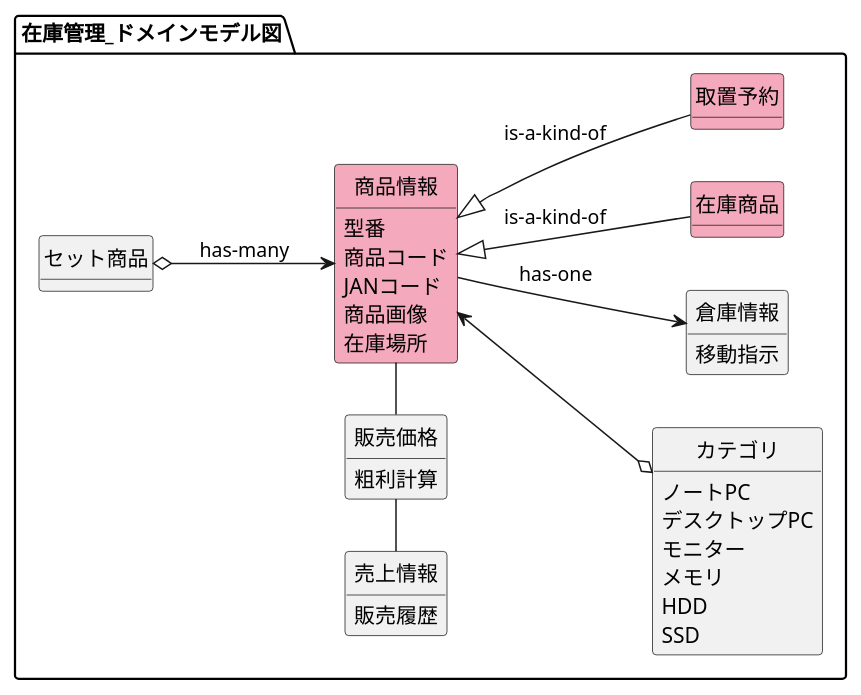
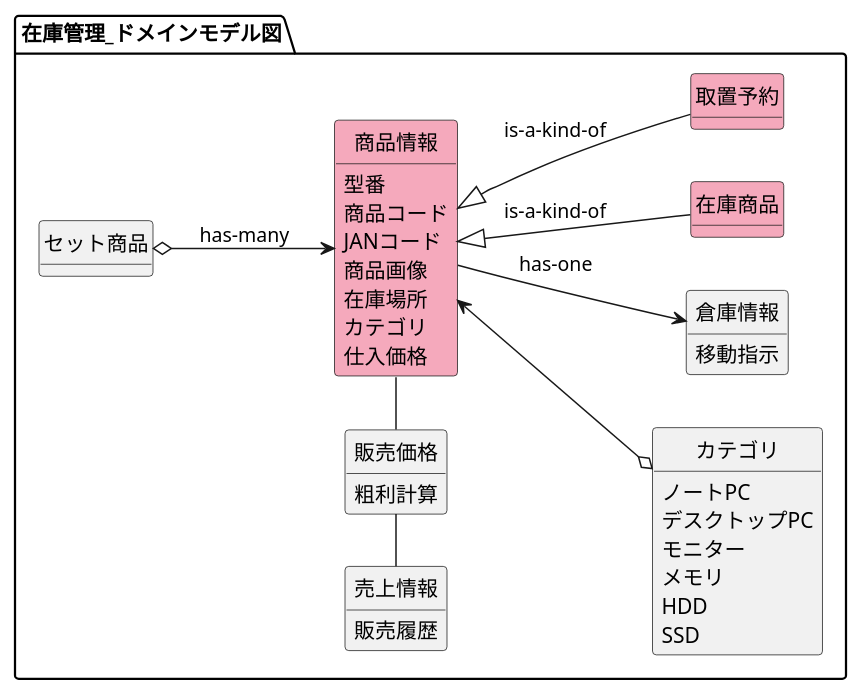
The diagram in 各種設計書/1ドメインモデル図/ドメインモデル図_在庫.wsd (HaruShim/Sotuken), drawn with PlantUML before and after one commit. The commit also changed 1 other file, not shown here.

```diff
--- a/各種設計書/1ドメインモデル図/ドメインモデル図_在庫.wsd
+++ b/各種設計書/1ドメインモデル図/ドメインモデル図_在庫.wsd
@@ -1,85 +1,87 @@
 @startuml domainmodel
 left to right direction
 
 hide circle
 hide method
 
 
 
 ' 正規社員 -[hidden]- 非正規社員
 
 
 ' package マスタ管理_ドメインモデル図 {
 '   class ベンチマークマスタ
 '   class 商品情報
 '   class 売上情報
 '   class 販売履歴
 '   class 従業員情報
 '   class 店舗情報
 '   class 権限
 
 '   ' 正規社員 - ベンチマークマスタ
 ' }
 
 package 在庫管理_ドメインモデル図 {
 
   class 商品情報 #F5A9BC
   class カテゴリ
   class 倉庫情報
   class 在庫商品 #F5A9BC
   class セット商品
   class 取置予約 #F5A9BC
   ' class 粗利計算
   class 販売価格
   class 売上情報
   ' class 販売履歴
   ' mix_actor 従業員
 
 
   商品情報 : 型番
   商品情報 : 商品コード
   商品情報 : JANコード
   商品情報 : 商品画像
   商品情報 : 在庫場所
+  商品情報 : カテゴリ
+  商品情報 : 仕入価格
   カテゴリ : ノートPC
   カテゴリ : デスクトップPC
   カテゴリ : モニター
   カテゴリ : メモリ
   カテゴリ : HDD
   カテゴリ : SSD
   売上情報 : 販売履歴
   販売価格 : 粗利計算
   倉庫情報 : 移動指示
 '   ' 商品 : 価格
 
   ' 従業員 -> ログイン : has-one
 
   ' ユーザ --> カート
   ' カート o--> 商品 : has-many
   ' 商品 <--o カテゴリ
   ' ユーザ o--> 注文
   ' 注文 o--> 商品
   ' ユーザ --> ウィッシュリスト
   ' ウィッシュリスト o--> 商品
   ' ユーザ o--> レビュー
   ' レビュー <--o 商品
   セット商品 o--> 商品情報 : has-many
   商品情報 --> 倉庫情報 : has-one
   商品情報 <|-- 取置予約 : is-a-kind-of
   商品情報 <|-- 在庫商品 : is-a-kind-of
   商品情報 <--o カテゴリ
   販売価格 -left- 売上情報
   ' 販売価格 -up- 粗利計算
   商品情報 -left- 販売価格
   ' 販売価格 -[hidden]up- 売上情報
   
 
 }
 
 ' package 従業員内容 {
 '   mix_actor 正規社員
 '   mix_actor 非正規社員
 ' }
 ' 在庫管理_ドメインモデル図 -[hidden]down- 従業員内容
 
 @enduml
```
